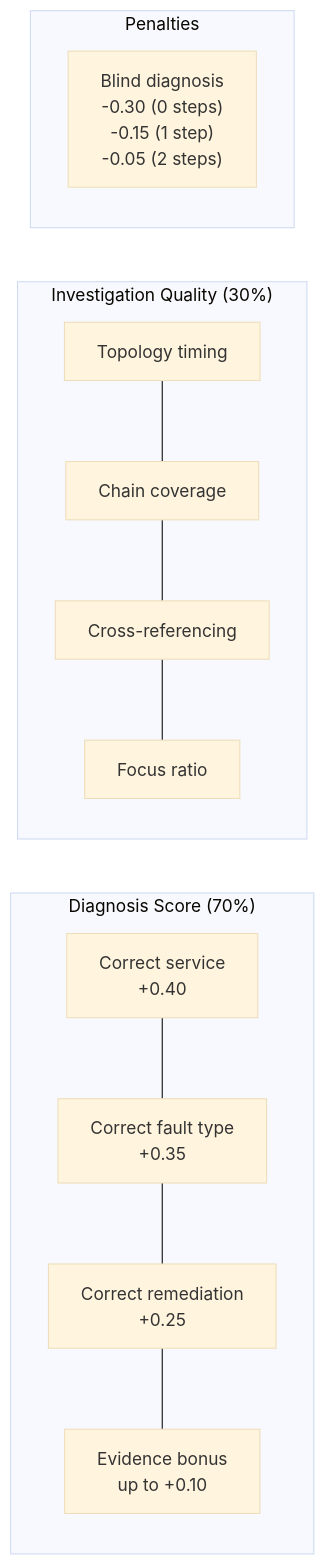
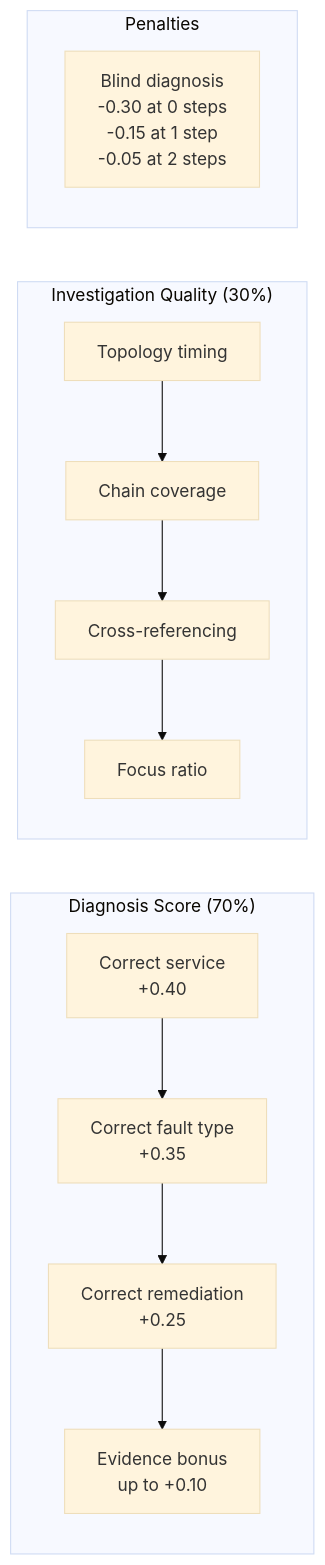
The fourth of 4 diagrams in README.md (wildcraft958/incident_triage_env), drawn with Mermaid (base theme) before and after one commit. The commit also changed other lines of this file and 1 other file, not shown here.

Commit message:
Fix Mermaid diagram rendering across all markdowns
Replace \n with <br/> in all node and edge labels, quote
unquoted edge labels, convert scoring diagram to flowchart
with named subgraph IDs, replace --- with -->, and replace
* with x in math expressions to prevent parse failures on
GitHub and HuggingFace.

````diff
--- a/README.md
+++ b/README.md
@@ -273,16 +273,16 @@
 ```mermaid
-graph LR
-    subgraph "Diagnosis Score (70%)"
-        S["Correct service\n+0.40"] --- F["Correct fault type\n+0.35"]
-        F --- R["Correct remediation\n+0.25"]
-        R --- EV["Evidence bonus\nup to +0.10"]
+flowchart LR
+    subgraph Diagnosis["Diagnosis Score (70%)"]
+        S["Correct service<br/>+0.40"] --> FF["Correct fault type<br/>+0.35"]
+        FF --> R["Correct remediation<br/>+0.25"]
+        R --> EV["Evidence bonus<br/>up to +0.10"]
     end
-    subgraph "Investigation Quality (30%)"
-        T["Topology timing"] --- C["Chain coverage"]
-        C --- X["Cross-referencing"]
-        X --- FO["Focus ratio"]
+    subgraph Investigation["Investigation Quality (30%)"]
+        T["Topology timing"] --> CC["Chain coverage"]
+        CC --> X["Cross-referencing"]
+        X --> FO["Focus ratio"]
     end
-    subgraph "Penalties"
-        B["Blind diagnosis\n-0.30 (0 steps)\n-0.15 (1 step)\n-0.05 (2 steps)"]
+    subgraph Penalties
+        B["Blind diagnosis<br/>-0.30 at 0 steps<br/>-0.15 at 1 step<br/>-0.05 at 2 steps"]
     end
 ```
````
